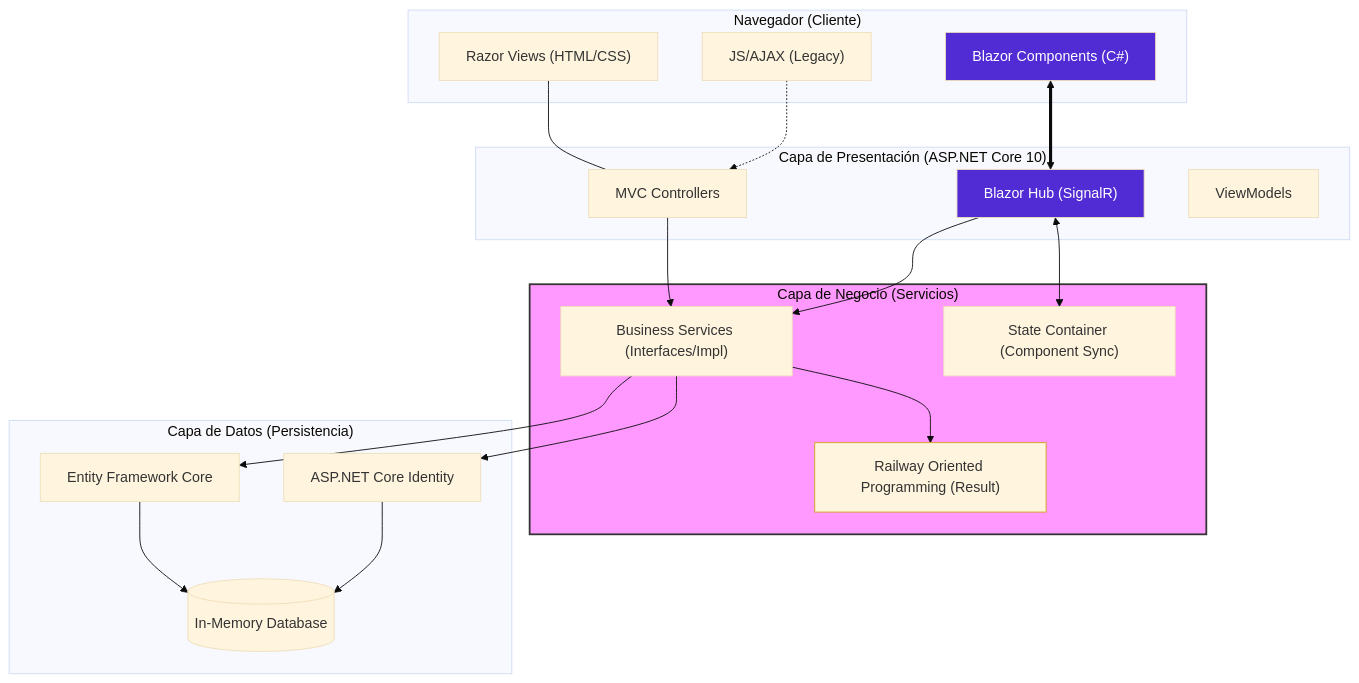
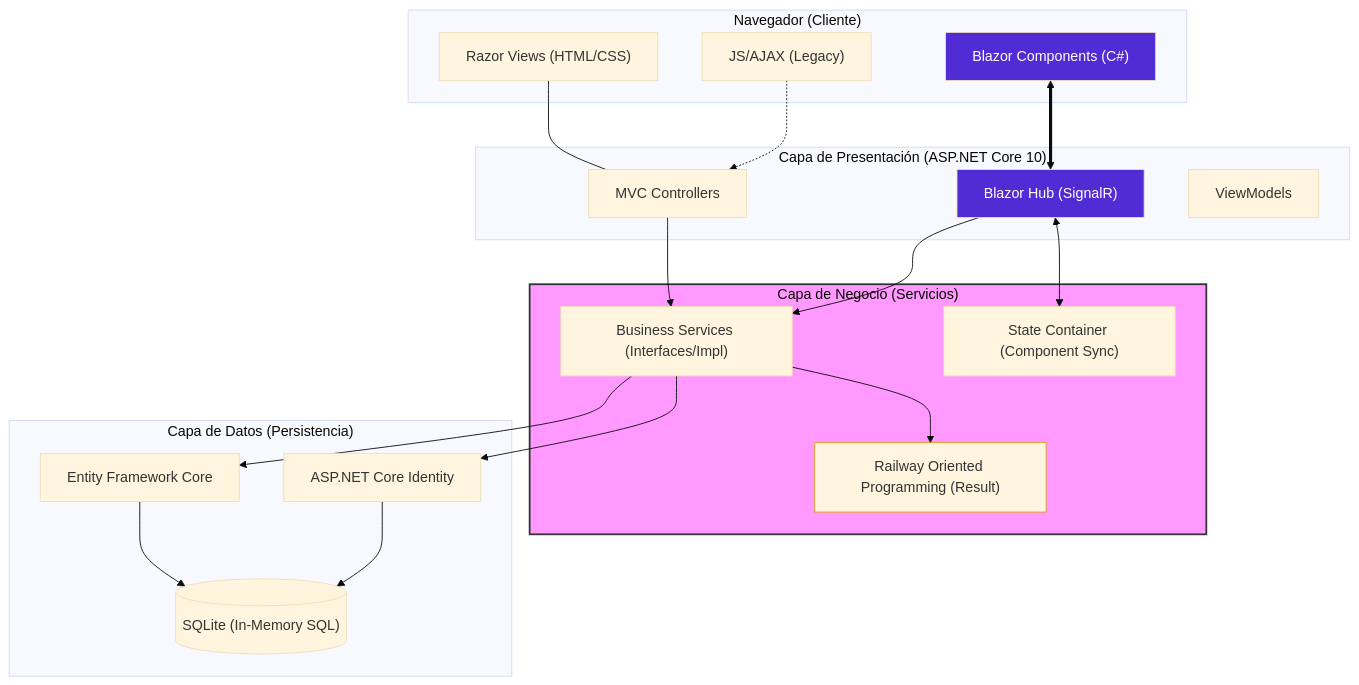
The second of 2 diagrams in README.md (joseluisgs/TiendaDawWeb-NetCore), drawn with Mermaid (base theme) before and after one commit. The commit also changed other lines of this file and 4 other files, not shown here.

First line of the commit message:
Switches to SQLite In-Memory for transaction support

````diff
--- a/README.md
+++ b/README.md
@@ -357,48 +357,48 @@
 ```mermaid
 graph TD
     subgraph Cliente["Navegador (Cliente)"]
         UI_MVC["Razor Views (HTML/CSS)"]
         UI_BLZ["Blazor Components (C#)"]
         JS_AJAX["JS/AJAX (Legacy)"]
     end
 
     subgraph CapaPresentacion["Capa de Presentación (ASP.NET Core 10)"]
         CTRL["MVC Controllers"]
         HUB["Blazor Hub (SignalR)"]
         VM["ViewModels"]
     end
 
     subgraph CapaNegocio["Capa de Negocio (Servicios)"]
         SRV["Business Services (Interfaces/Impl)"]
         ROP["Railway Oriented Programming (Result)"]
         SC["State Container (Component Sync)"]
     end
 
     subgraph CapaDatos["Capa de Datos (Persistencia)"]
         EF["Entity Framework Core"]
         ID["ASP.NET Core Identity"]
-        DB[("In-Memory Database")]
+        DB[("SQLite (In-Memory SQL)")]
     end
 
     %% Flujos de interacción
     UI_MVC --- CTRL
     JS_AJAX -.-> CTRL
     UI_BLZ <==> HUB
     
     CTRL --> SRV
     HUB --> SRV
     HUB <--> SC
     
     SRV --> ROP
     SRV --> EF
     SRV --> ID
     
     EF --> DB
     ID --> DB
 
     %% Estilos
     style CapaNegocio fill:#f9f,stroke:#333,stroke-width:2px
     style UI_BLZ fill:#512bd4,color:#fff
     style HUB fill:#512bd4,color:#fff
     style ROP fill:#fff4dd,stroke:#d4a017
 ```
````
